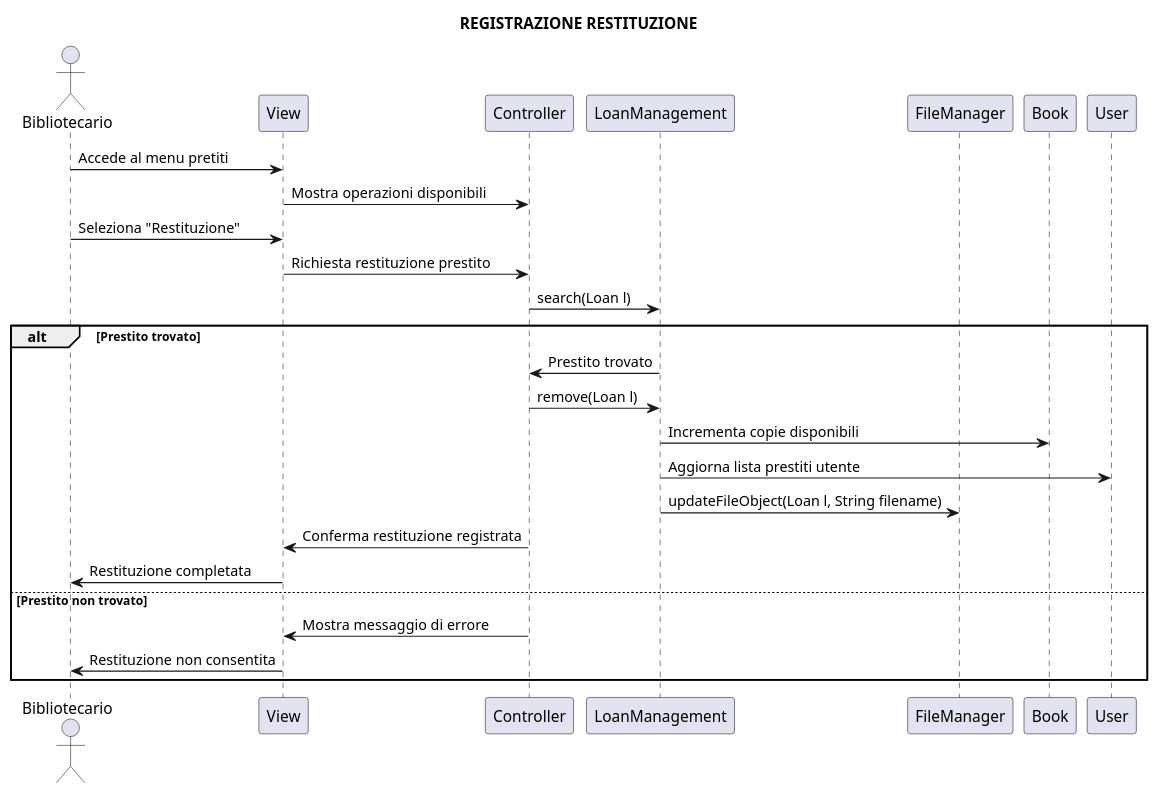
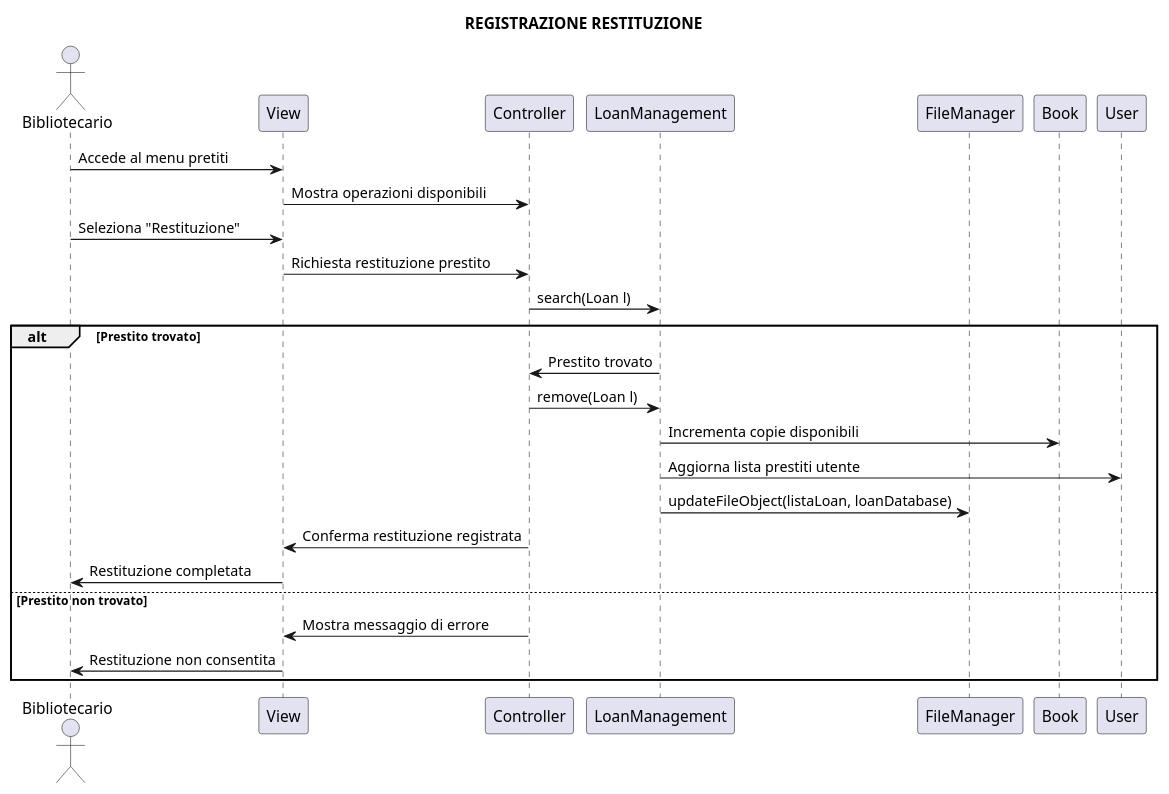
Before and after one commit to brunooliva7/Project-Ingegneria-del-Software14: the diagram in gruppo14BibliotecaUniversitaria/uml/RegistrazioneRestituzione.puml, drawn with PlantUML. The commit also changed other lines of this file and 10 other files, not shown here.

```diff
--- a/gruppo14BibliotecaUniversitaria/uml/RegistrazioneRestituzione.puml
+++ b/gruppo14BibliotecaUniversitaria/uml/RegistrazioneRestituzione.puml
@@ -1,30 +1,30 @@
 @startuml
 title REGISTRAZIONE RESTITUZIONE
 
 actor Bibliotecario
 participant View
 participant Controller
 participant LoanManagement
 participant FileManager
 participant Book
 participant User
 
 Bibliotecario -> View: Accede al menu pretiti
 View -> Controller: Mostra operazioni disponibili
 Bibliotecario -> View: Seleziona "Restituzione"
 View -> Controller: Richiesta restituzione prestito
 Controller -> LoanManagement: search(Loan l)
 
 alt Prestito trovato
     LoanManagement -> Controller: Prestito trovato
     Controller -> LoanManagement: remove(Loan l)
     LoanManagement -> Book: Incrementa copie disponibili
     LoanManagement -> User: Aggiorna lista prestiti utente
-    LoanManagement -> FileManager: updateFileObject(Loan l, String filename)
+    LoanManagement -> FileManager: updateFileObject(listaLoan, loanDatabase)
     Controller -> View: Conferma restituzione registrata
     View -> Bibliotecario: Restituzione completata
 else Prestito non trovato
     Controller -> View: Mostra messaggio di errore
     View -> Bibliotecario: Restituzione non consentita
 end
 @enduml
```
